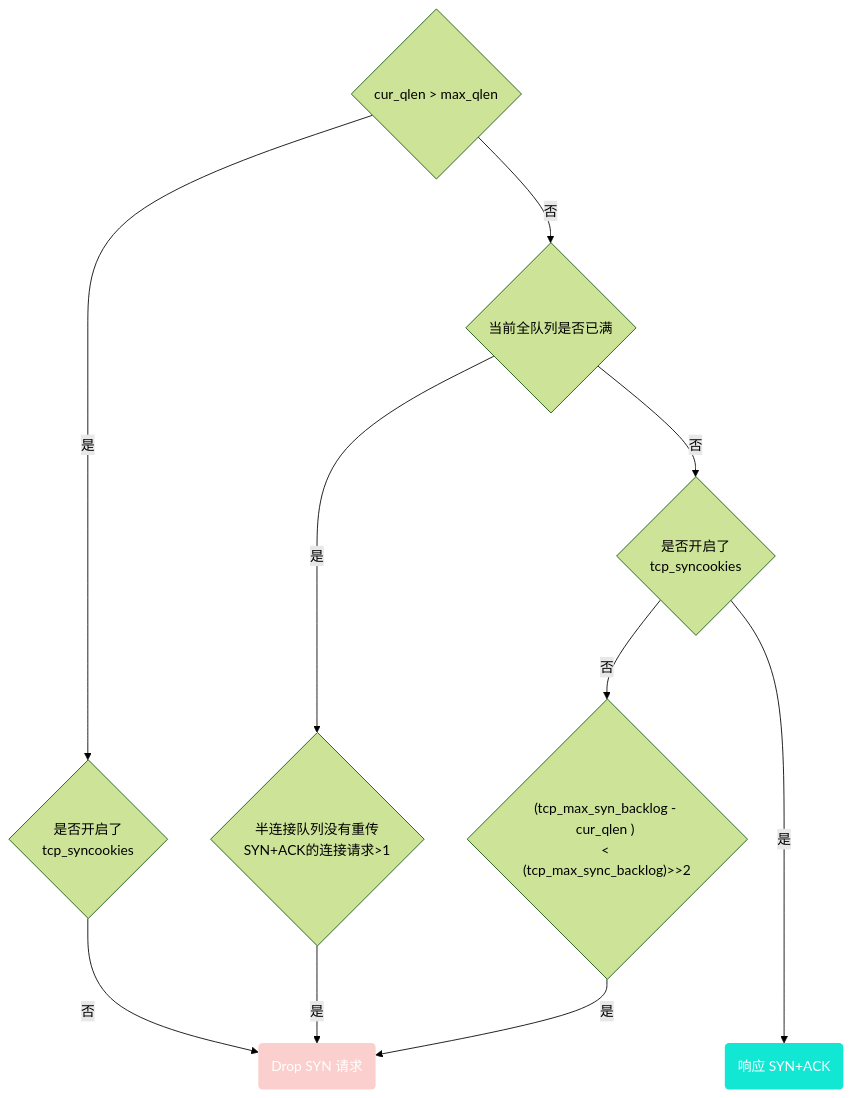
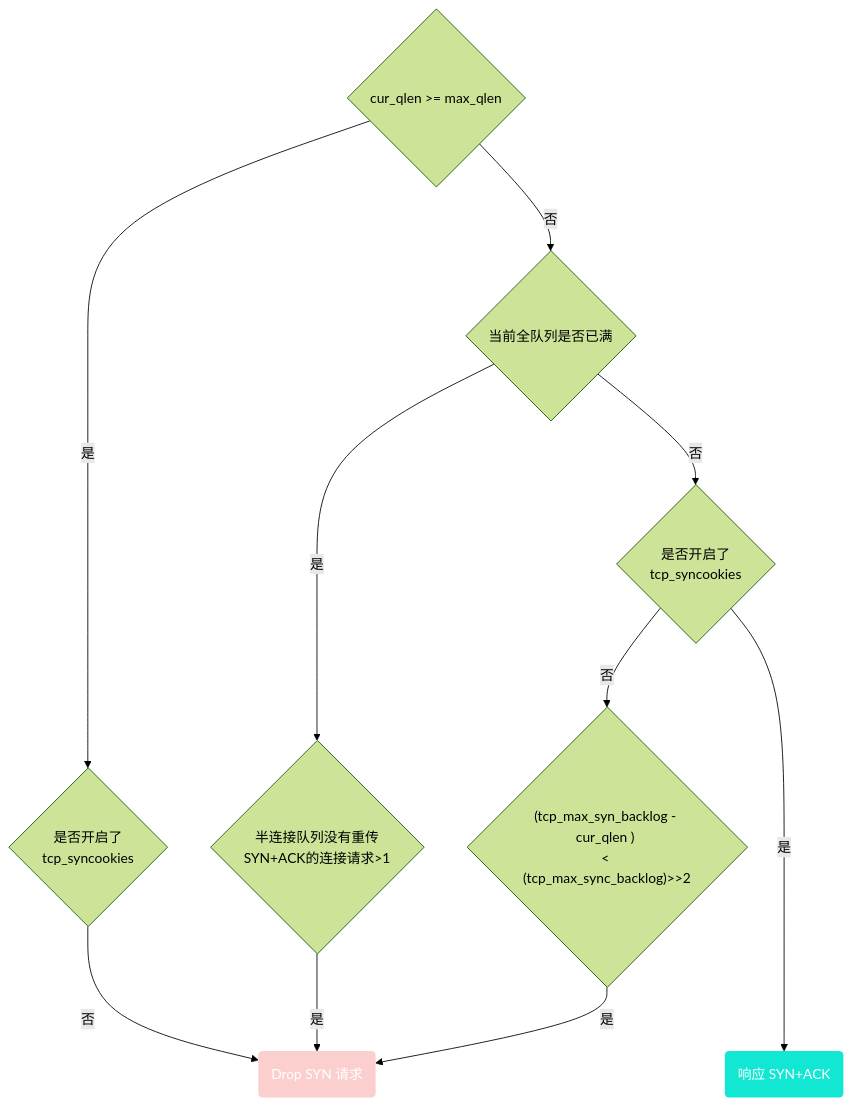
Before and after one commit to wgzhao/notes: the second of 2 diagrams in docs/troubleshooting/deep-in-tcp-connect.md, drawn with Mermaid (forest theme). The commit also changed other lines of this file, not shown here.

````diff
--- a/docs/troubleshooting/deep-in-tcp-connect.md
+++ b/docs/troubleshooting/deep-in-tcp-connect.md
@@ -592,26 +592,26 @@
 ```mermaid
 graph TD
 %%cur_qlen 当前半连接队列长度, max_qlen 半连接队列最大长度%%
-c1{"cur_qlen > max_qlen"}
+c1{"cur_qlen >= max_qlen"}
 c2{"是否开启了<br/>tcp_syncookies"}
 c3{"当前全队列是否已满"}
 c4{"半连接队列没有重传<br/>SYN+ACK的连接请求>1"}
 c5{"是否开启了<br/>tcp_syncookies"}
 c6{"(tcp_max_syn_backlog - cur_qlen ) <br/>< (tcp_max_sync_backlog)>>2"}
 drop("Drop SYN 请求")
 ack("响应 SYN+ACK")
 
 c1 -- 是 --> c2
 c1 -- 否 --> c3
 c3 -- 是 --> c4
 c3 -- 否 --> c5
 c5 -- 是 --->ack
 c5 -- 否 --> c6
 
 c2 -- 否 --> drop
 c4 -- 是 --> drop
 c6 -- 是 --> drop
 
 style drop fill:#fbcfcd,stroke-width:0px,color:white;
 style ack fill:#12e7d4,stroke-width:0px,color:white;
 ```
````
